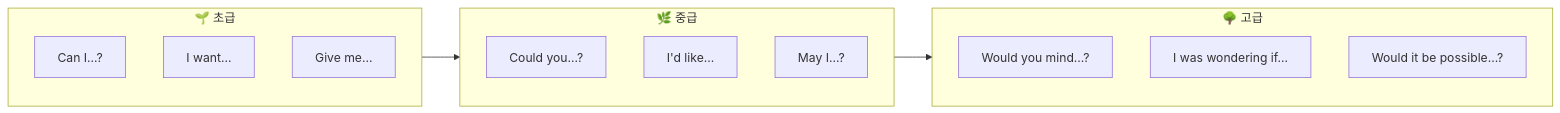
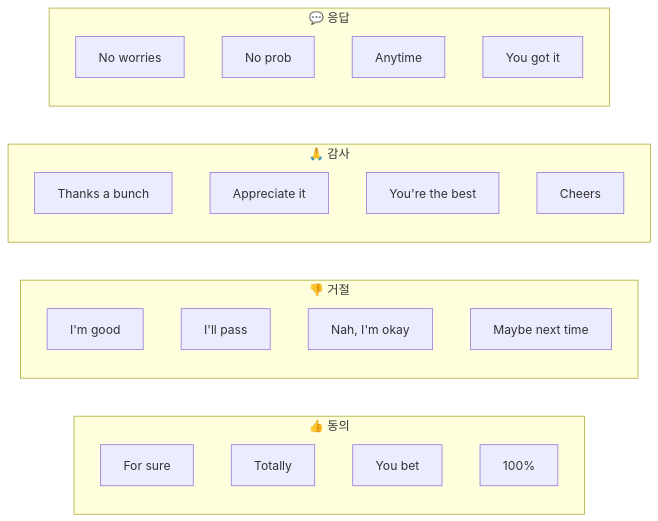
One commit to Collegenie-X/AI-English changed the third of 26 diagrams in 영어_일상_회화/travel-english-conversations.md. Above: the diagram before and after it, drawn with Mermaid. The commit also changed other lines of this file and 43 other files, not shown here.

````diff
--- a/영어_일상_회화/travel-english-conversations.md
+++ b/영어_일상_회화/travel-english-conversations.md
@@ -70,22 +137,30 @@
 ```mermaid
 flowchart LR
-    subgraph 초급["🌱 초급"]
-        A1["Can I...?"]
-        A2["I want..."]
-        A3["Give me..."]
+    subgraph 동의["👍 동의"]
+        A1["For sure"]
+        A2["Totally"]
+        A3["You bet"]
+        A4["100%"]
     end
     
-    subgraph 중급["🌿 중급"]
-        B1["Could you...?"]
-        B2["I'd like..."]
-        B3["May I...?"]
+    subgraph 거절["👎 거절"]
+        B1["I'm good"]
+        B2["I'll pass"]
+        B3["Nah, I'm okay"]
+        B4["Maybe next time"]
     end
     
-    subgraph 고급["🌳 고급"]
-        C1["Would you mind...?"]
-        C2["I was wondering if..."]
-        C3["Would it be possible...?"]
+    subgraph 감사["🙏 감사"]
+        C1["Thanks a bunch"]
+        C2["Appreciate it"]
+        C3["You're the best"]
+        C4["Cheers"]
     end
     
-    초급 --> 중급 --> 고급
+    subgraph 응답["💬 응답"]
+        D1["No worries"]
+        D2["No prob"]
+        D3["Anytime"]
+        D4["You got it"]
+    end
 ```
````
